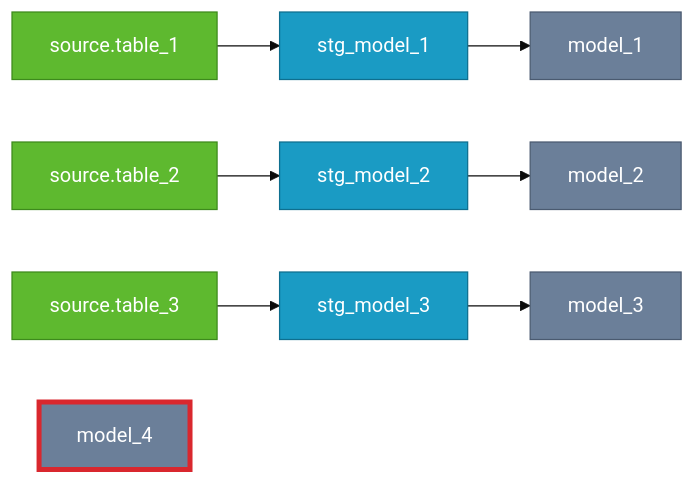
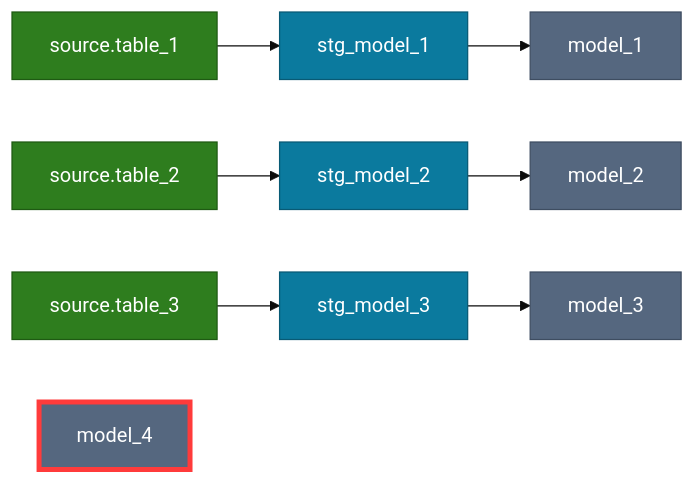
Diagram 12 of 21 in docs/rules/modeling.md (dbt-labs/dbt-project-evaluator), drawn with Mermaid (base theme) before and after one commit. The commit also changed other lines of this file and 6 other files, not shown here.

Commit message:
Readable Mermaid diagrams in both color schemes; scope the source selection note to dbt check

````diff
--- a/docs/rules/modeling.md
+++ b/docs/rules/modeling.md
@@ -430,24 +430,24 @@
 ```mermaid
 flowchart LR
-    classDef source fill:#5eb92f,stroke:#3d8a1c,color:#fff
-    classDef staging fill:#1a9bc4,stroke:#0e6f8f,color:#fff
-    classDef model fill:#6b7f99,stroke:#4a5a70,color:#fff
-    classDef flagged stroke:#d9272e,stroke-width:4px
+    classDef source fill:#2e7d1e,stroke:#1f5a13,color:#fff
+    classDef staging fill:#0b7a9e,stroke:#085a75,color:#fff
+    classDef model fill:#55677f,stroke:#3e4d61,color:#fff
+    classDef flagged stroke:#ff3b3b,stroke-width:4px
     source_table_1["source.table_1"]:::source
     stg_model_1["stg_model_1"]:::staging
     model_1["model_1"]:::model
     source_table_2["source.table_2"]:::source
     stg_model_2["stg_model_2"]:::staging
     model_2["model_2"]:::model
     source_table_3["source.table_3"]:::source
     stg_model_3["stg_model_3"]:::staging
     model_3["model_3"]:::model
     model_4["model_4"]:::model
     source_table_1 --> stg_model_1
     stg_model_1 --> model_1
     source_table_2 --> stg_model_2
     stg_model_2 --> model_2
     source_table_3 --> stg_model_3
     stg_model_3 --> model_3
     class model_4 flagged
 ```
````
